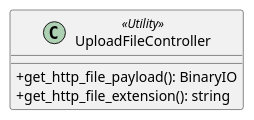
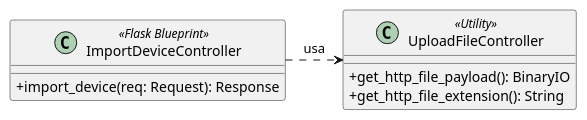
Before and after one commit to GroupRubberDuck/Documentazione: the diagram in src/PB/DocumentazioneEsterna/Specifica_Tecnica/content/uml/puml/Diagrammi_classi/Backend/InboundAdapters/ImportDeviceController.puml, drawn with PlantUML. The commit also changed 22 other files, not shown here.

```diff
--- a/src/PB/DocumentazioneEsterna/Specifica_Tecnica/content/uml/puml/Diagrammi_classi/Backend/InboundAdapters/ImportDeviceController.puml
+++ b/src/PB/DocumentazioneEsterna/Specifica_Tecnica/content/uml/puml/Diagrammi_classi/Backend/InboundAdapters/ImportDeviceController.puml
@@ -1,11 +1,15 @@
-@startuml UploadFileController
+@startuml ImportAndUploadControllers
 skinparam classAttributeIconSize 0
+
+class ImportDeviceController <<Flask Blueprint>> {
+    + import_device(req: Request): Response
+}
 
 class UploadFileController <<Utility>> {
     + get_http_file_payload(): BinaryIO
-    + get_http_file_extension(): string
+    + get_http_file_extension(): String
 }
 
-
+ImportDeviceController .right.> UploadFileController : usa
 
 @enduml
```
